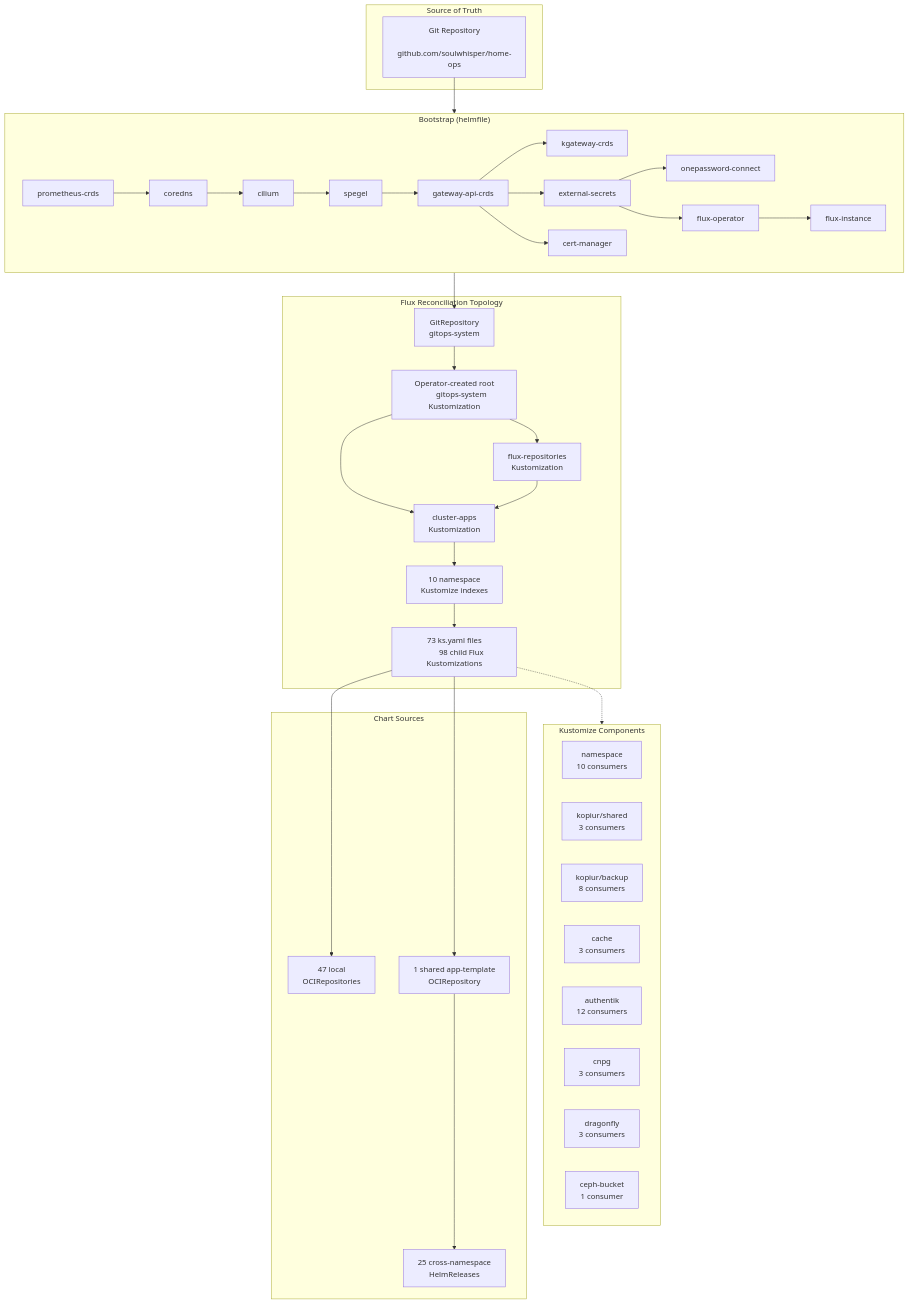
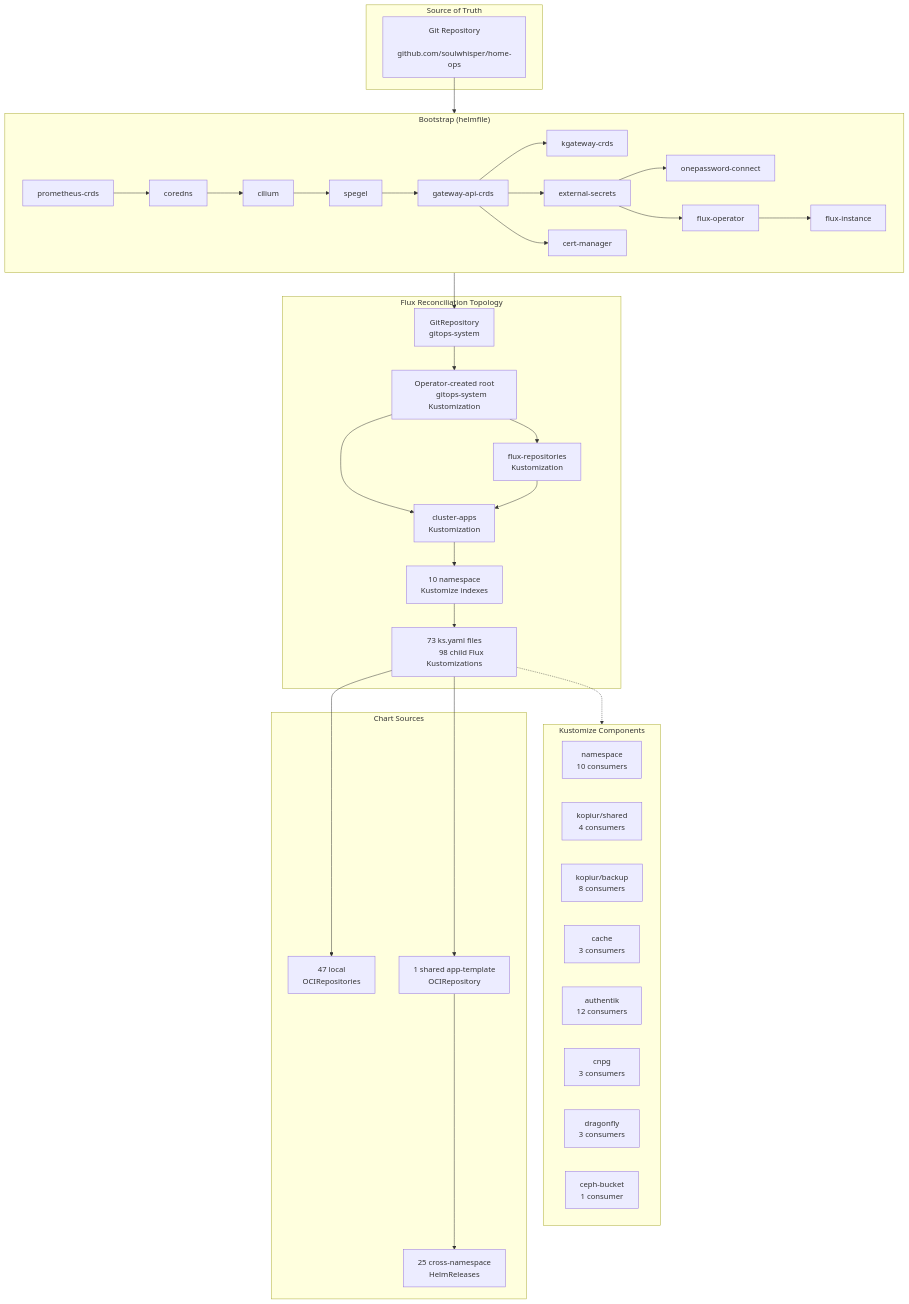
Before and after one commit to soulwhisper/home-ops: the diagram in docs/infrastructure/kubernetes.md, drawn with Mermaid. The commit also changed other lines of this file and 4 other files, not shown here.

````diff
--- a/docs/infrastructure/kubernetes.md
+++ b/docs/infrastructure/kubernetes.md
@@ -12,71 +12,71 @@
 ```mermaid
 flowchart TB
     subgraph Source["Source of Truth"]
         GIT["Git Repository
         github.com/soulwhisper/home-ops"]
     end
 
     subgraph Bootstrap["Bootstrap (helmfile)"]
         direction LR
         B1["prometheus-crds"] --> B2["coredns"]
         B2 --> B3["cilium"]
         B3 --> B4["spegel"]
         B4 --> B5["gateway-api-crds"]
         B5 --> B6["kgateway-crds"]
         B5 --> B7["external-secrets"]
         B5 --> B8["cert-manager"]
         B7 --> B9["onepassword-connect"]
         B7 --> B11["flux-operator"]
         B11 --> B12["flux-instance"]
     end
 
     subgraph FluxTopo["Flux Reconciliation Topology"]
         GR["GitRepository
         gitops-system"] --> ROOT["Operator-created root
         gitops-system Kustomization"]
         ROOT --> FR["flux-repositories
         Kustomization"]
         ROOT --> CA["cluster-apps
         Kustomization"]
         FR --> CA
         CA --> NS["10 namespace
         Kustomize indexes"]
         NS --> APPS["73 ks.yaml files
         98 child Flux Kustomizations"]
     end
 
     subgraph Components["Kustomize Components"]
         NS_COMP["namespace
         10 consumers"]
-        KOPIUR_SECRET["kopiur/shared
-        3 consumers"]
+        KOPIUR_MOVERS["kopiur/shared
+        4 consumers"]
         KOPIUR_BACKUP["kopiur/backup
         8 consumers"]
         CACHE["cache
         3 consumers"]
         AUTHENTIK["authentik
         12 consumers"]
         CNPG["cnpg
         3 consumers"]
         DRAGONFLY["dragonfly
         3 consumers"]
         CEPH["ceph-bucket
         1 consumer"]
     end
 
     subgraph Charts["Chart Sources"]
         OCI_OWN["47 local
         OCIRepositories"]
         OCI_TPL["1 shared app-template
         OCIRepository"]
         CROSS["25 cross-namespace
         HelmReleases"]
     end
 
     GIT --> Bootstrap
     Bootstrap --> GR
     APPS -.-> Components
     APPS --> OCI_OWN
     APPS --> OCI_TPL
     OCI_TPL --> CROSS
 ```
````
